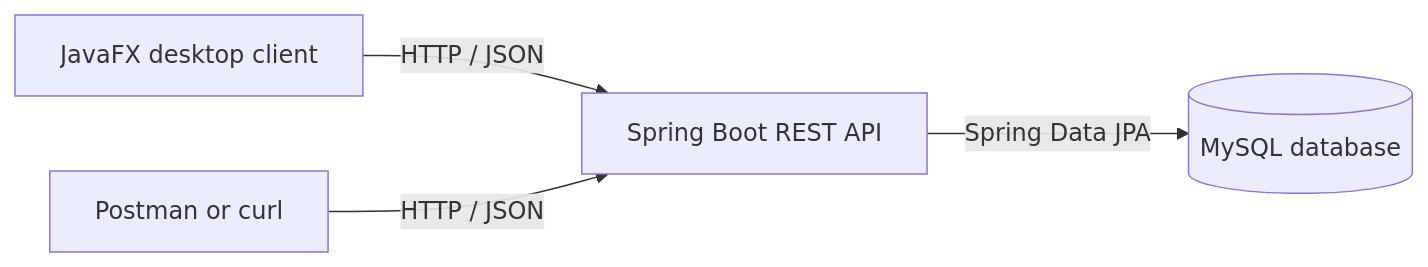
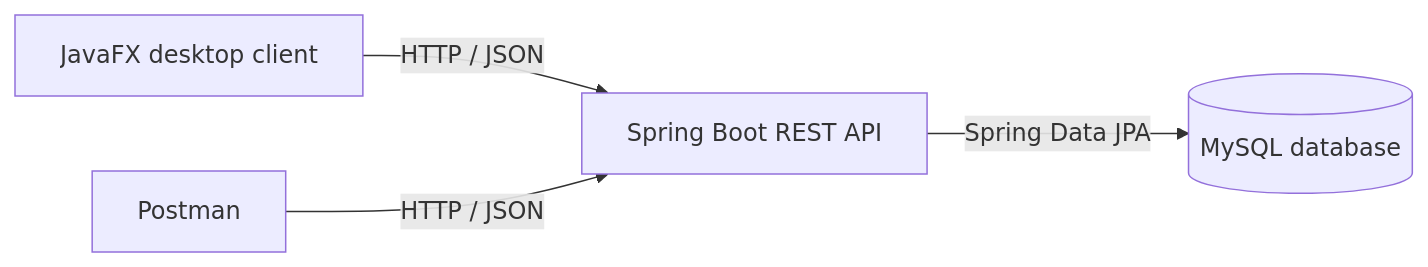
One commit to Michael-Kambayashi/Hostis-Employee-Management changed the diagram in README.md. Above: the diagram before and after it, drawn with Mermaid.

````diff
--- a/README.md
+++ b/README.md
@@ -32,6 +32,6 @@
 ```mermaid
 flowchart LR
     UI[JavaFX desktop client] -->|HTTP / JSON| API[Spring Boot REST API]
     API -->|Spring Data JPA| DB[(MySQL database)]
-    USER[Postman or curl] -->|HTTP / JSON| API
+    USER[Postman] -->|HTTP / JSON| API
 ```
````
